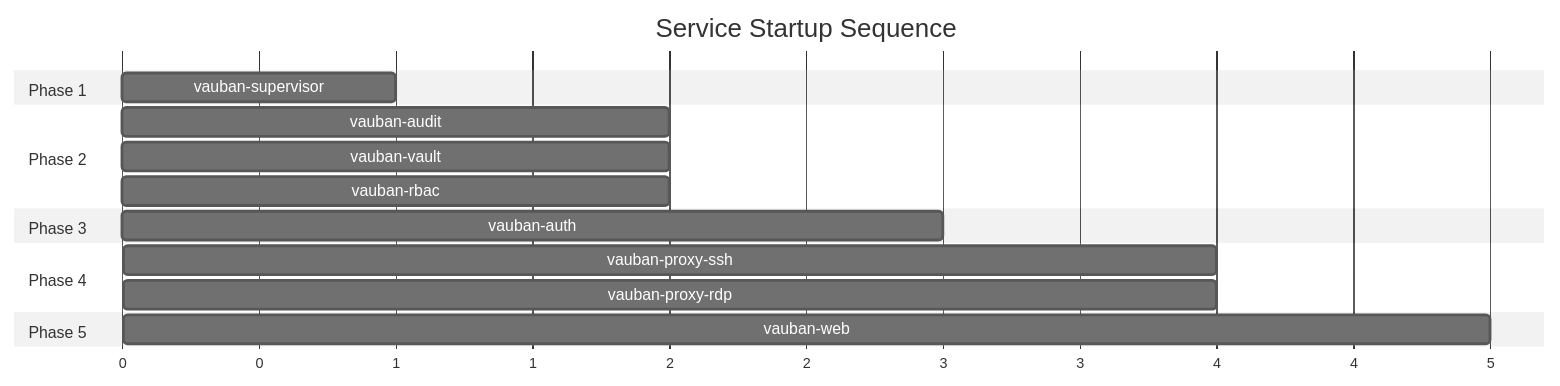
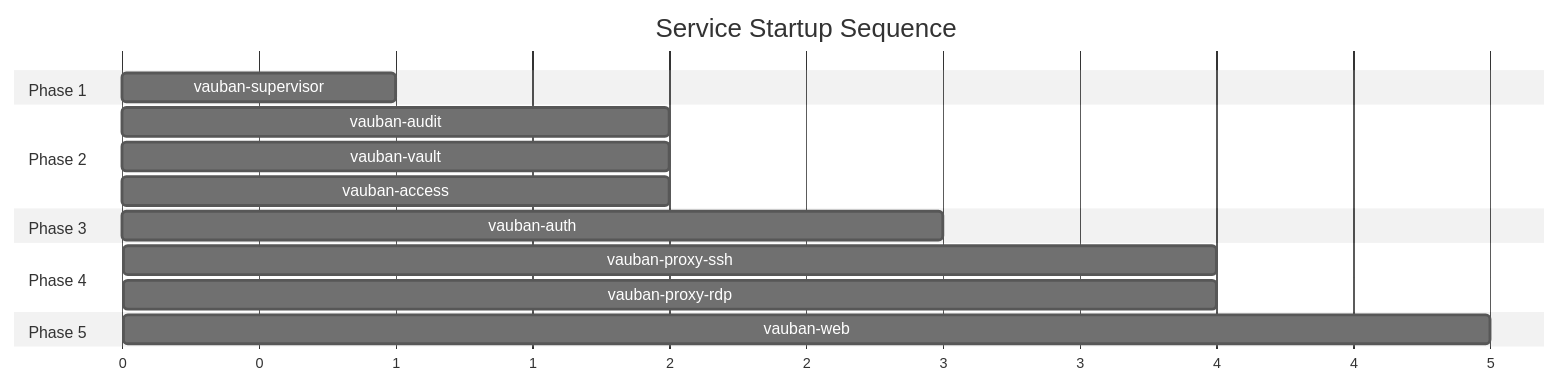
The fifth of 7 diagrams in docs/technical/Vauban_Privsep_Architecture_EN(1.0).md (rbenaley/Vauban), drawn with Mermaid (neutral theme) before and after one commit. The commit also changed other lines of this file and 140 other files, not shown here.

First line of the commit message:
feat!: vauban 0.4.0 - instance-level access control with service isolation

````diff
--- a/docs/technical/Vauban_Privsep_Architecture_EN(1.0).md
+++ b/docs/technical/Vauban_Privsep_Architecture_EN(1.0).md
@@ -711,24 +711,24 @@
 ```mermaid
 gantt
     title Service Startup Sequence
     dateFormat X
     axisFormat %s
 
     section Phase 1
     vauban-supervisor     :0, 1
     
     section Phase 2
     vauban-audit          :1, 2
     vauban-vault          :1, 2
-    vauban-rbac           :1, 2
+    vauban-access           :1, 2
     
     section Phase 3
     vauban-auth           :2, 3
     
     section Phase 4
     vauban-proxy-ssh      :3, 4
     vauban-proxy-rdp      :3, 4
     
     section Phase 5
     vauban-web            :4, 5
 ```
````
